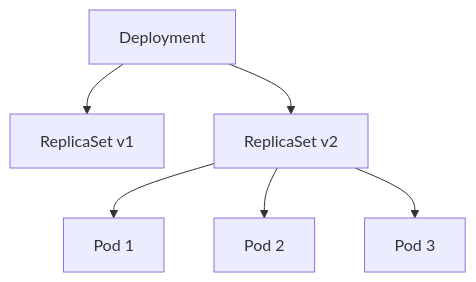
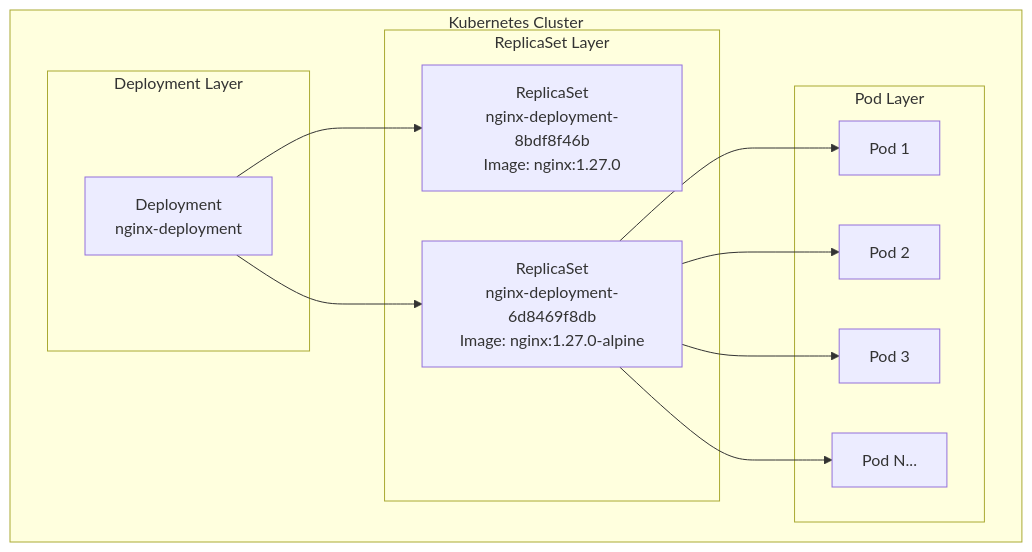
Before and after one commit to AnilPatel13/Docker-Kubernethes: the first of 6 diagrams in Kubernethes/Kubernethes Replicaset and Deployments/README.md, drawn with Mermaid. The commit also changed other lines of this file, not shown here.

Commit message:
adding the replicaset and deployment.

````diff
--- a/Kubernethes/Kubernethes Replicaset and Deployments/README.md
+++ b/Kubernethes/Kubernethes Replicaset and Deployments/README.md
@@ -5,8 +24,27 @@
 ```mermaid
 graph TB
-    D[Deployment] --> RS1[ReplicaSet v1]
-    D --> RS2[ReplicaSet v2]
-    RS2 --> P1[Pod 1]
-    RS2 --> P2[Pod 2]
-    RS2 --> P3[Pod 3]
+    subgraph "Kubernetes Cluster"
+        subgraph "Deployment Layer"
+            D[Deployment<br/>nginx-deployment]
+        end
+        
+        subgraph "ReplicaSet Layer"
+            RS1[ReplicaSet<br/>nginx-deployment-8bdf8f46b<br/>Image: nginx:1.27.0]
+            RS2[ReplicaSet<br/>nginx-deployment-6d8469f8db<br/>Image: nginx:1.27.0-alpine]
+        end
+        
+        subgraph "Pod Layer"
+            P1[Pod 1]
+            P2[Pod 2]
+            P3[Pod 3]
+            P4[Pod N...]
+        end
+        
+        D --> RS1
+        D --> RS2
+        RS2 --> P1
+        RS2 --> P2
+        RS2 --> P3
+        RS2 --> P4
+    end
 ```
````
